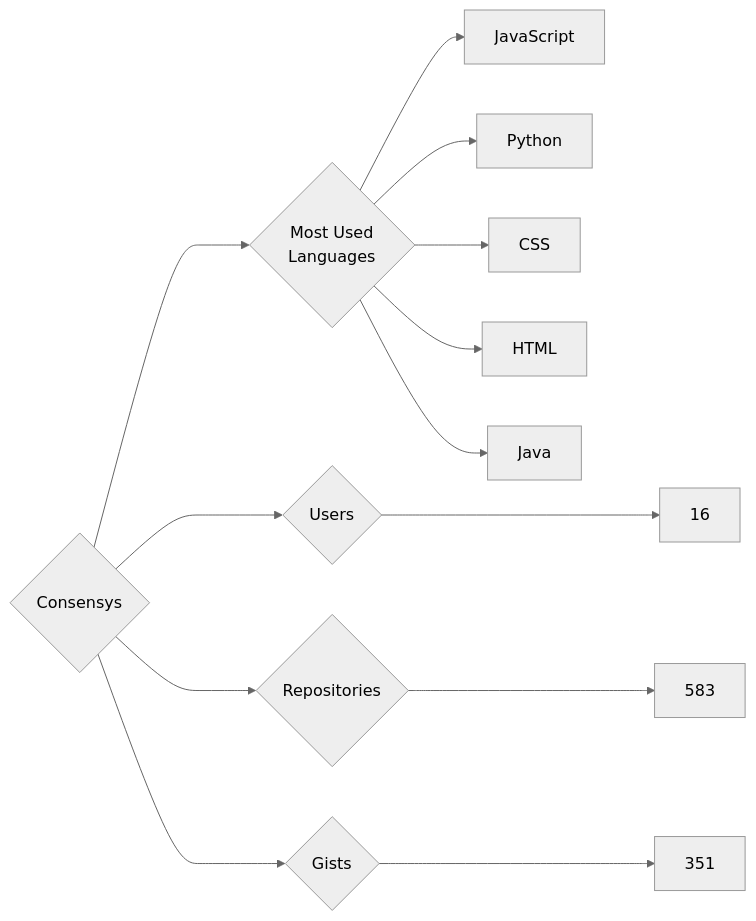
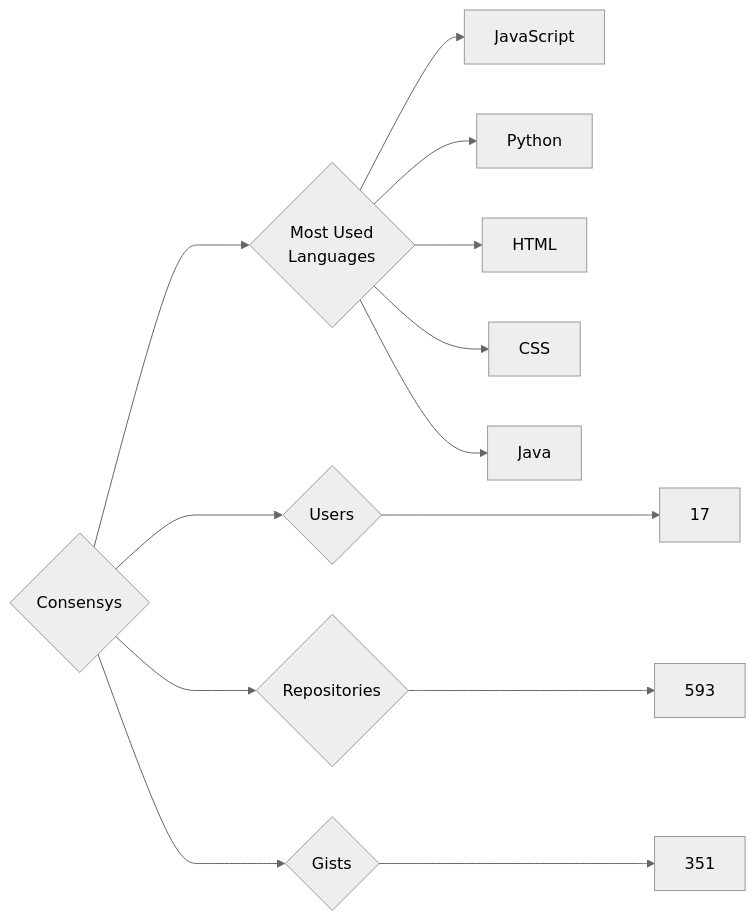
The diagram in targets/Consensys/README.md (trickest/insiders), drawn with Mermaid (neutral theme) before and after one commit. The commit also changed 681 other files, not shown here.

````diff
--- a/targets/Consensys/README.md
+++ b/targets/Consensys/README.md
@@ -3,13 +3,13 @@
 ```mermaid
 graph LR
 COMPANY_NAME{Consensys}
-COMPANY_NAME ---> U{Users} ---> UN[16]
-COMPANY_NAME ---> R{Repositories} ---> RN[583]
+COMPANY_NAME ---> U{Users} ---> UN[17]
+COMPANY_NAME ---> R{Repositories} ---> RN[593]
 COMPANY_NAME ---> G{Gists} ---> GN[351]
 COMPANY_NAME ---> ML{Most Used<br>Languages}
 ML --> JavaScript[JavaScript]
 ML --> Python[Python]
+ML --> HTML[HTML]
 ML --> CSS[CSS]
-ML --> HTML[HTML]
 ML --> Java[Java]
 ```
````
